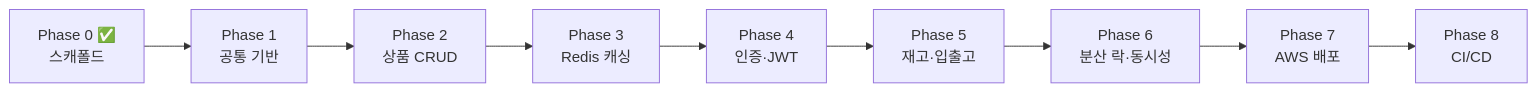
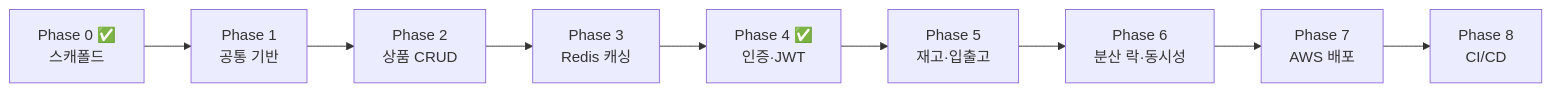
The diagram in docs/ROADMAP.md (Ease113/ProductAPI), drawn with Mermaid before and after one commit. The commit also changed other lines of this file and 28 other files, not shown here.

````diff
--- a/docs/ROADMAP.md
+++ b/docs/ROADMAP.md
@@ -22,11 +22,11 @@
 ```mermaid
 flowchart LR
     P0["Phase 0 ✅<br/>스캐폴드"] --> P1["Phase 1<br/>공통 기반"]
     P1 --> P2["Phase 2<br/>상품 CRUD"]
     P2 --> P3["Phase 3<br/>Redis 캐싱"]
-    P3 --> P4["Phase 4<br/>인증·JWT"]
+    P3 --> P4["Phase 4 ✅<br/>인증·JWT"]
     P4 --> P5["Phase 5<br/>재고·입출고"]
     P5 --> P6["Phase 6<br/>분산 락·동시성"]
     P6 --> P7["Phase 7<br/>AWS 배포"]
     P7 --> P8["Phase 8<br/>CI/CD"]
 ```
````
